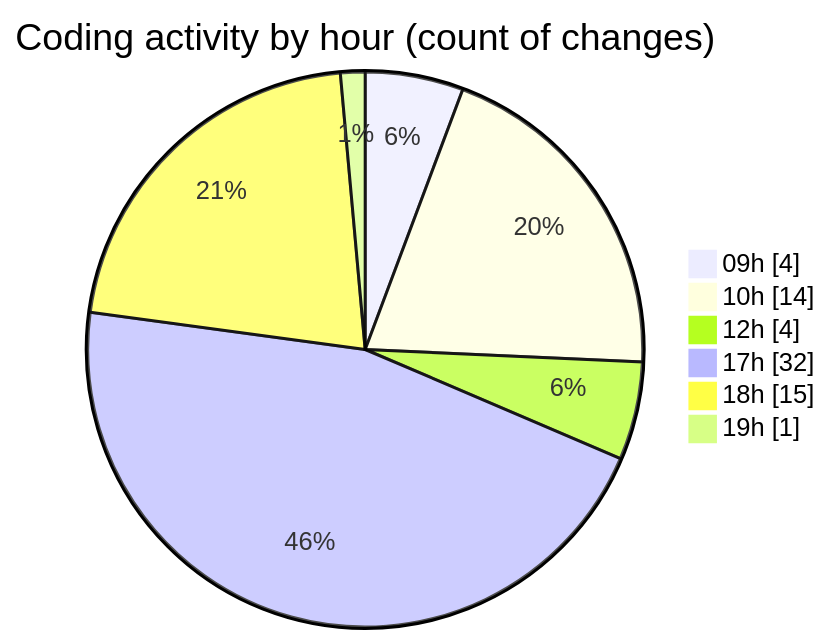
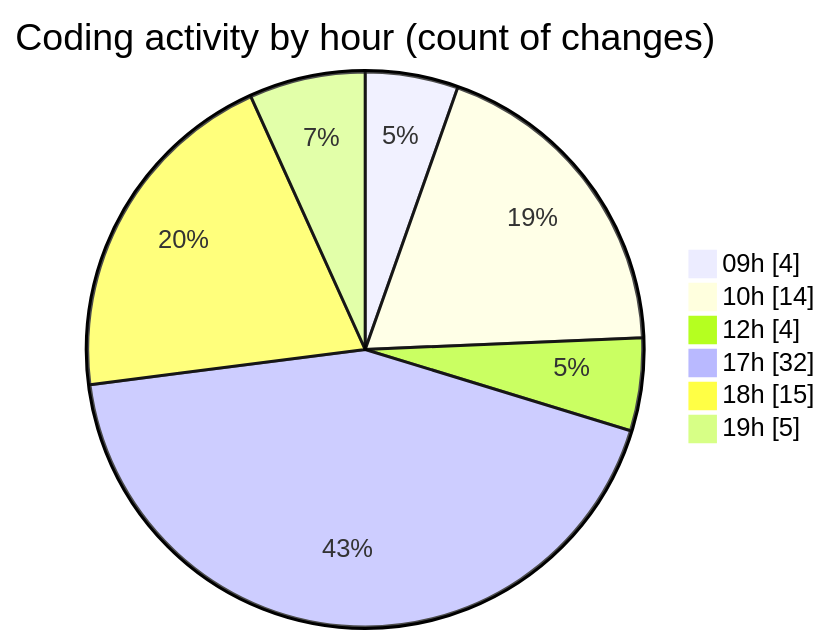
One commit to Elitesun/code-tracking changed the second of 2 diagrams in 2025-05-06/niten/README.md. Above: the diagram before and after it, drawn with Mermaid. The commit also changed other lines of this file and 1 other file, not shown here.

````diff
--- a/2025-05-06/niten/README.md
+++ b/2025-05-06/niten/README.md
@@ -55,10 +57,10 @@
 ```mermaid
 pie showData
 title Coding activity by hour (count of changes)
 "09h" : 4
 "10h" : 14
 "12h" : 4
 "17h" : 32
 "18h" : 15
-"19h" : 1
+"19h" : 5
 ```
````
